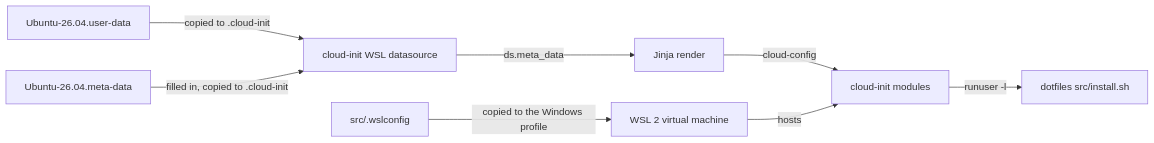
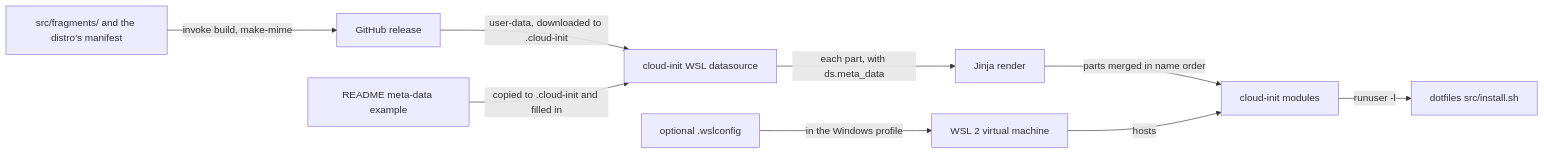
The first of 3 diagrams in docs/provisioning.md (froazin/wsl), drawn with Mermaid before and after one commit. The commit also changed other lines of this file and 62 other files, not shown here.

First line of the commit message:
feat(cloud-init): Create a user-data for each distro, built from shared fragments (#9)

````diff
--- a/docs/provisioning.md
+++ b/docs/provisioning.md
@@ -31,12 +32,13 @@
 ```mermaid
 flowchart LR
     accTitle: How the WSL files reach the instance
-    accDescr: The user copies the three files into their Windows profile. WSL reads .wslconfig. cloud-init's WSL datasource reads the user-data and meta-data, renders the Jinja template and runs the cloud-config, which runs install.sh as the user and as root.
-    wslconfig["src/.wslconfig"] -->|"copied to the Windows profile"| vm["WSL 2 virtual machine"]
-    userdata["Ubuntu-26.04.user-data"] -->|"copied to .cloud-init"| ds["cloud-init WSL datasource"]
-    metadata["Ubuntu-26.04.meta-data"] -->|"filled in, copied to .cloud-init"| ds
-    ds -->|"ds.meta_data"| jinja["Jinja render"]
-    jinja -->|cloud-config| modules["cloud-init modules"]
+    accDescr: The build joins the fragments a distro's manifest lists into one MIME user-data, and a release publishes it. The user downloads it into their Windows profile, writes the meta-data beside it from the README's example and can add the optional .wslconfig, which WSL reads. cloud-init's WSL datasource reads the user-data and meta-data, renders each Jinja part, merges the parts and runs the cloud-config, which runs install.sh as the user and as root.
+    parts["src/fragments/ and the distro's manifest"] -->|"invoke build, make-mime"| release["GitHub release"]
+    release -->|"user-data, downloaded to .cloud-init"| ds["cloud-init WSL datasource"]
+    example["README meta-data example"] -->|"copied to .cloud-init and filled in"| ds
+    wslconfig["optional .wslconfig"] -->|"in the Windows profile"| vm["WSL 2 virtual machine"]
+    ds -->|"each part, with ds.meta_data"| jinja["Jinja render"]
+    jinja -->|"parts merged in name order"| modules["cloud-init modules"]
     modules -->|"runuser -l"| install["dotfiles src/install.sh"]
     vm -->|hosts| modules
 ```
````
